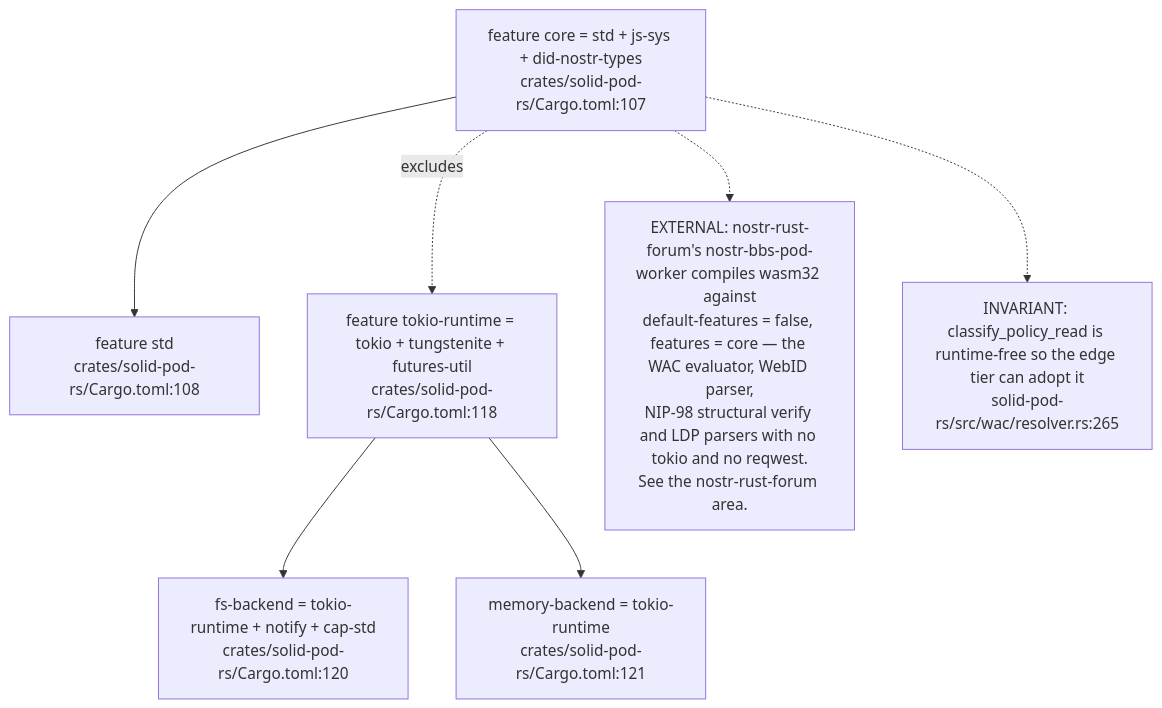
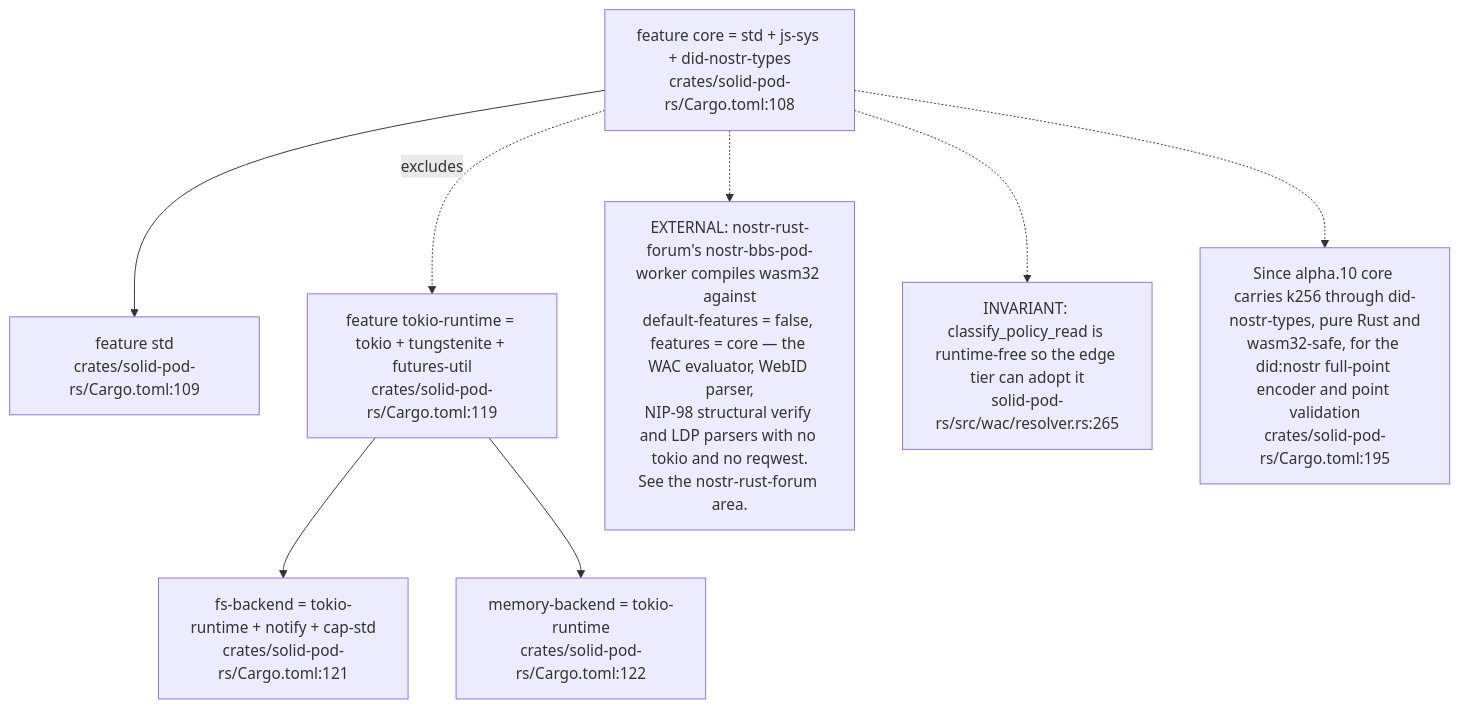
Before and after one commit to DreamLab-AI/VisionFlow: the third of 12 diagrams in docs/diagrams/solid-pod-rs/01-workspace-composition.md, drawn with Mermaid. The commit also changed other lines of this file and 94 other files, not shown here.

First line of the commit message:
docs(diagrams): re-verify 130 topics against 2 October HEADs

````diff
--- a/docs/diagrams/solid-pod-rs/01-workspace-composition.md
+++ b/docs/diagrams/solid-pod-rs/01-workspace-composition.md
@@ -107,19 +107,22 @@
 ```mermaid
 flowchart TD
-    CORE_F["feature core = std + js-sys + did-nostr-types<br/>crates/solid-pod-rs/Cargo.toml:107"]
-    STD["feature std<br/>crates/solid-pod-rs/Cargo.toml:108"]
-    TOKIO["feature tokio-runtime = tokio + tungstenite + futures-util<br/>crates/solid-pod-rs/Cargo.toml:118"]
-    FSB["fs-backend = tokio-runtime + notify + cap-std<br/>crates/solid-pod-rs/Cargo.toml:120"]
-    MEMB["memory-backend = tokio-runtime<br/>crates/solid-pod-rs/Cargo.toml:121"]
+    CORE_F["feature core = std + js-sys + did-nostr-types<br/>crates/solid-pod-rs/Cargo.toml:108"]
+    STD["feature std<br/>crates/solid-pod-rs/Cargo.toml:109"]
+    TOKIO["feature tokio-runtime = tokio + tungstenite + futures-util<br/>crates/solid-pod-rs/Cargo.toml:119"]
+    FSB["fs-backend = tokio-runtime + notify + cap-std<br/>crates/solid-pod-rs/Cargo.toml:121"]
+    MEMB["memory-backend = tokio-runtime<br/>crates/solid-pod-rs/Cargo.toml:122"]
 
     CORE_F --> STD
     CORE_F -. "excludes" .-> TOKIO
     TOKIO --> FSB
     TOKIO --> MEMB
 
     E1["EXTERNAL: nostr-rust-forum's nostr-bbs-pod-worker compiles wasm32 against<br/>default-features = false, features = core — the WAC evaluator, WebID parser,<br/>NIP-98 structural verify and LDP parsers with no tokio and no reqwest.<br/>See the nostr-rust-forum area."]
     CORE_F -.-> E1
 
     E2["INVARIANT: classify_policy_read is runtime-free so the edge tier can adopt it<br/>solid-pod-rs/src/wac/resolver.rs:265"]
     CORE_F -.-> E2
+
+    E3["Since alpha.10 core carries k256 through did-nostr-types, pure Rust and<br/>wasm32-safe, for the did:nostr full-point encoder and point validation<br/>crates/solid-pod-rs/Cargo.toml:195"]
+    CORE_F -.-> E3
 ```
````
